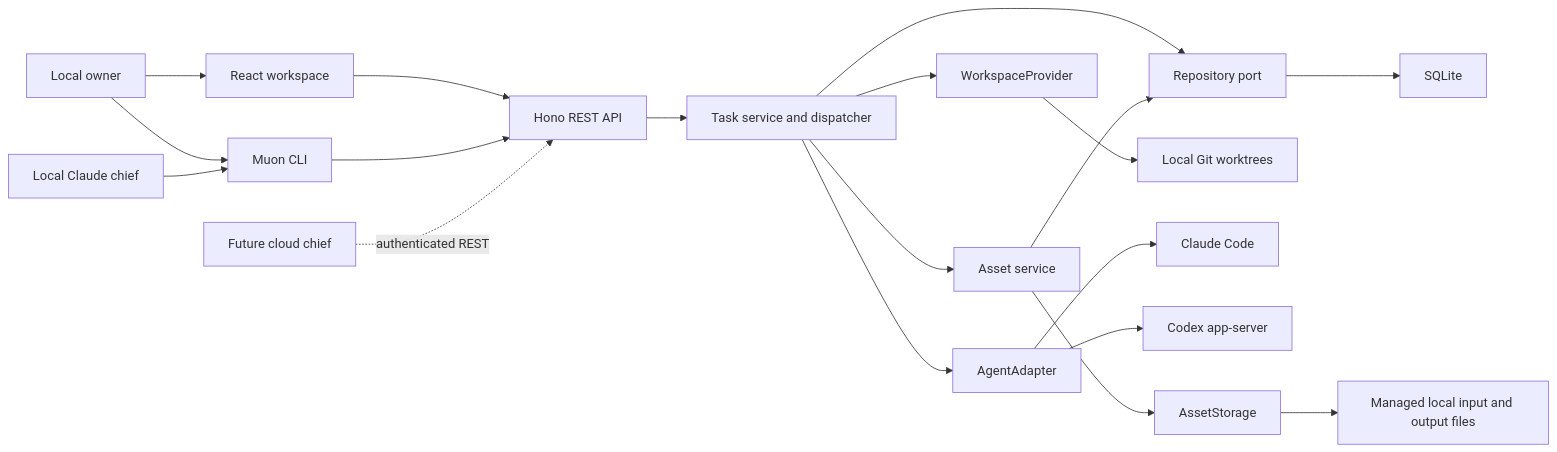
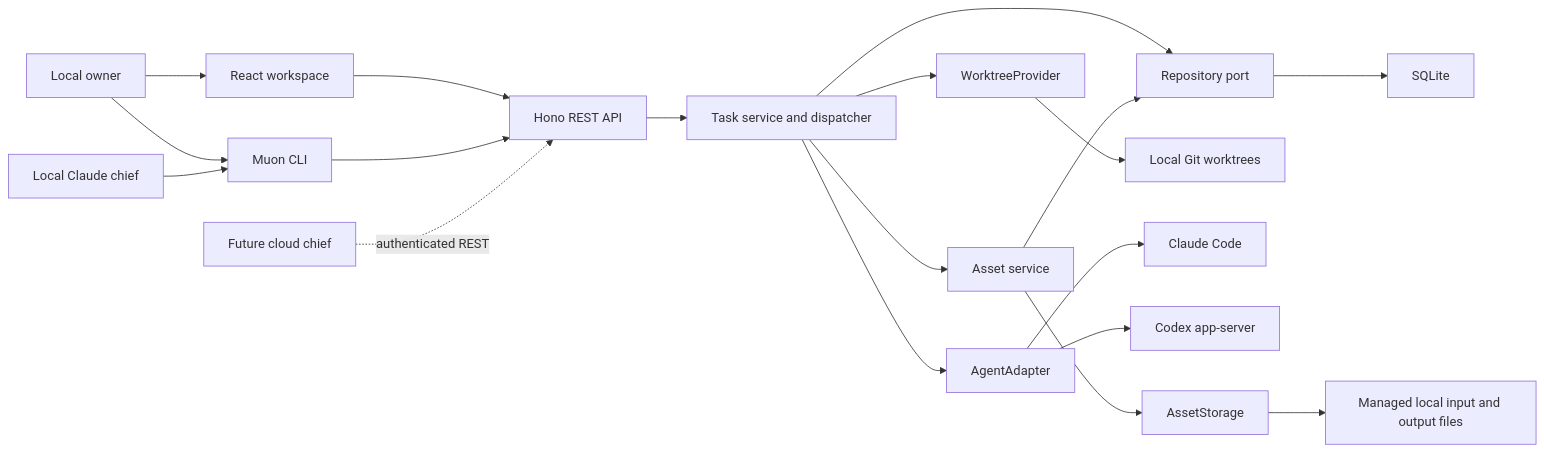
Before and after one commit to yshuolu/muon: the diagram in docs/architecture.md, drawn with Mermaid. The commit also changed other lines of this file and 90 other files, not shown here.

````diff
--- a/docs/architecture.md
+++ b/docs/architecture.md
@@ -7,21 +7,21 @@
 ```mermaid
 flowchart LR
   Owner[Local owner] --> UI[React workspace]
   UI --> HTTP[Hono REST API]
   Owner --> CLI[Muon CLI]
   Chief[Local Claude chief] --> CLI
   CLI --> HTTP
   Cloud[Future cloud chief] -. authenticated REST .-> HTTP
   HTTP --> Service[Task service and dispatcher]
   Service --> Repository[Repository port]
   Repository --> SQLite[SQLite]
-  Service --> Workspaces[WorkspaceProvider]
+  Service --> Workspaces[WorktreeProvider]
   Workspaces --> Git[Local Git worktrees]
   Service --> Agents[AgentAdapter]
   Agents --> Claude[Claude Code]
   Agents --> Codex[Codex app-server]
   Service --> Assets[Asset service]
   Assets --> Repository
   Assets --> Storage[AssetStorage]
   Storage --> Files[Managed local input and output files]
 ```
````
